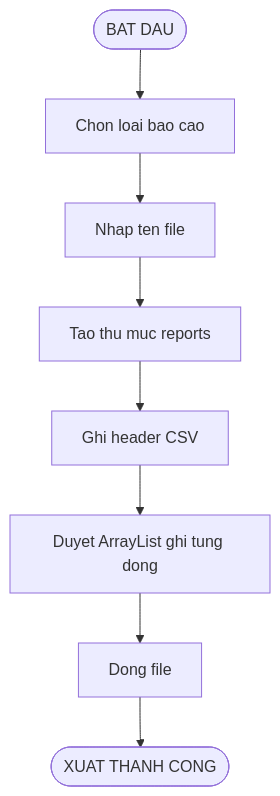
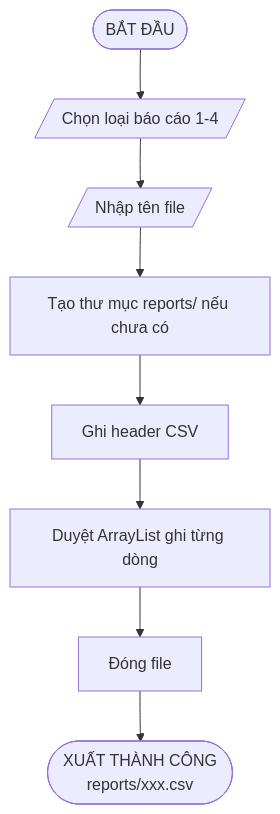
One commit to phucphuc2006/pro-192 changed the eighth of 20 diagrams in docs/Flowcharts/Flowcharts.md. Above: the diagram before and after it, drawn with Mermaid. The commit also changed other lines of this file, not shown here.

Commit message:
Restore original Mermaid flowcharts

````diff
--- a/docs/Flowcharts/Flowcharts.md
+++ b/docs/Flowcharts/Flowcharts.md
@@ -127,10 +145,10 @@
 ```mermaid
 flowchart TD
-    A(["BAT DAU"]) --> B["Chon loai bao cao"]
-    B --> C["Nhap ten file"]
-    C --> D["Tao thu muc reports"]
-    D --> E["Ghi header CSV"]
-    E --> F["Duyet ArrayList ghi tung dong"]
-    F --> G["Dong file"]
-    G --> H(["XUAT THANH CONG"])
+    A([BẮT ĐẦU]) --> B[/Chọn loại báo cáo 1-4/]
+    B --> C[/Nhập tên file/]
+    C --> D[Tạo thư mục reports/ nếu chưa có]
+    D --> E[Ghi header CSV]
+    E --> F[Duyệt ArrayList ghi từng dòng]
+    F --> G[Đóng file]
+    G --> H([XUẤT THÀNH CÔNG<br/>reports/xxx.csv])
 ```
````
